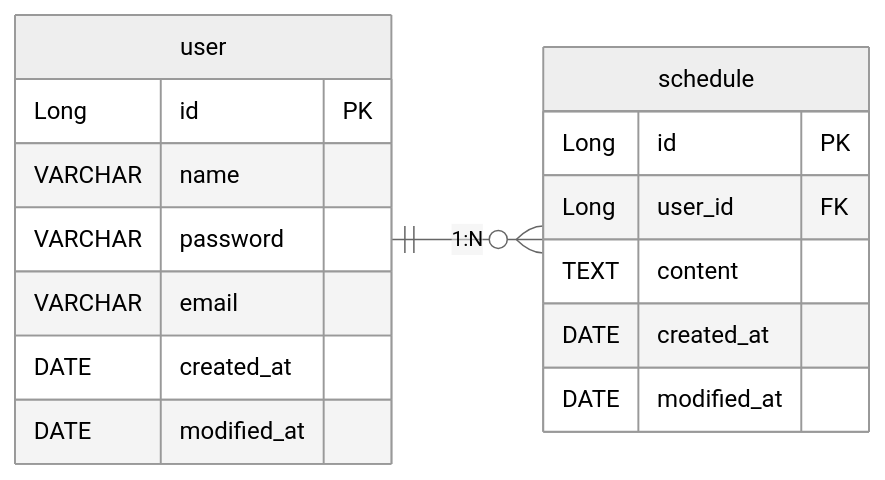
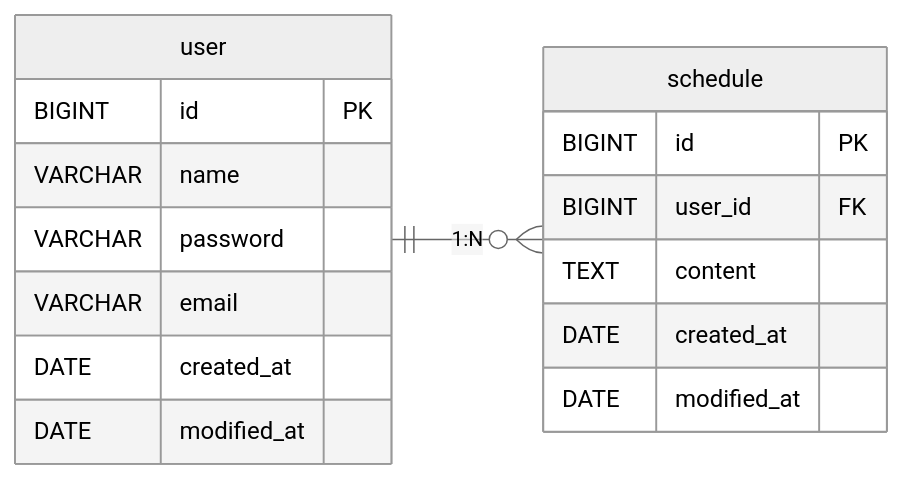
Before and after one commit to doorcs/java-schedule-project: the first of 2 diagrams in README.md, drawn with Mermaid (neutral theme). The commit also changed other lines of this file, not shown here.

````diff
--- a/README.md
+++ b/README.md
@@ -35,24 +55,24 @@
 ```mermaid
 erDiagram
     direction LR
     user ||--o{ schedule : "1:N"
 
     user {
-        Long id PK
+        BIGINT id PK
         VARCHAR name
         VARCHAR password
-    %% 암호를 평문으로 저장하는게 정말 너무 거슬린다....
+        %% 암호를 평문으로 저장하는게 정말 너무 거슬린다....
         VARCHAR email
         DATE created_at
         DATE modified_at
-    %% 요구사항이 YYYY-MM-DD 형식이므로 DATE 사용
+        %% 요구사항이 YYYY-MM-DD 형식이므로 DATE 사용
     }
     schedule {
-        Long id PK
-        Long user_id FK
+        BIGINT id PK
+        BIGINT user_id FK
         TEXT content
         DATE created_at
         DATE modified_at
-    %% 요구사항이 YYYY-MM-DD 형식이므로 DATE 사용
+        %% 요구사항이 YYYY-MM-DD 형식이므로 DATE 사용
     }
 ```
````
